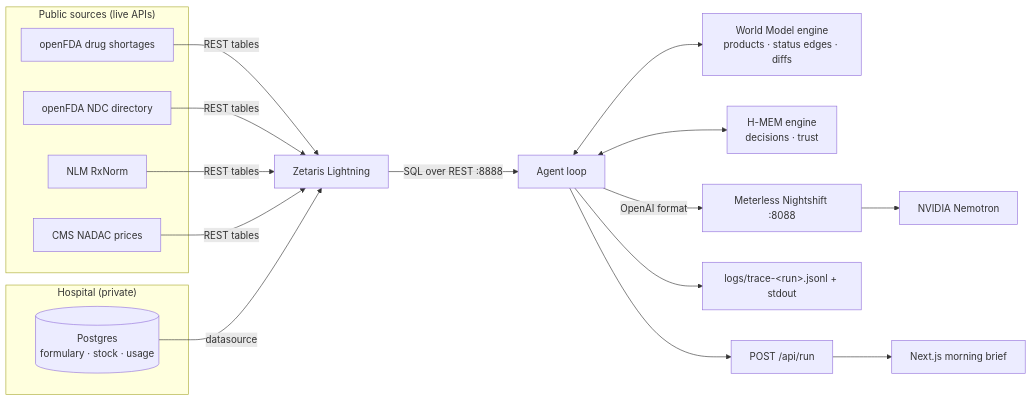
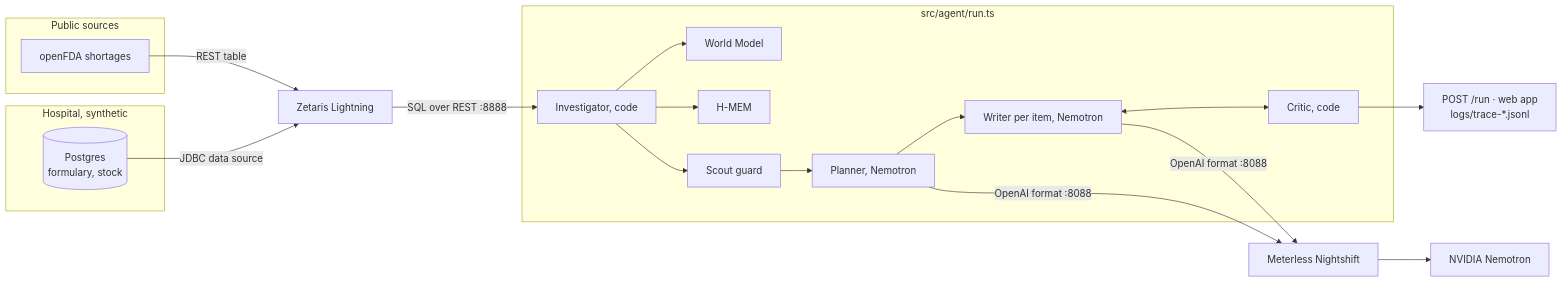
One commit to techbone/shortage-radar changed the diagram in ARCHITECTURE.md. Above: the diagram before and after it, drawn with Mermaid. The commit also changed other lines of this file and 73 other files, not shown here.

Commit message:
feat: live-to-sample fallback, plan-independent alternates query, start events, e2e tests, readme and architecture

````diff
--- a/ARCHITECTURE.md
+++ b/ARCHITECTURE.md
@@ -52,20 +42,23 @@
 ```mermaid
 flowchart LR
-  subgraph Public["Public sources (live APIs)"]
-    FDA[openFDA drug shortages]
-    NDC[openFDA NDC directory]
-    RX[NLM RxNorm]
-    NADAC[CMS NADAC prices]
+  subgraph Public["Public sources"]
+    FDA[openFDA shortages]
   end
-  subgraph Hospital["Hospital (private)"]
-    PG[(Postgres<br/>formulary · stock · usage)]
+  subgraph Hospital["Hospital, synthetic"]
+    PG[(Postgres<br/>formulary, stock)]
   end
-  FDA & NDC & RX & NADAC -->|REST tables| Z[Zetaris Lightning]
-  PG -->|datasource| Z
-  Z -->|SQL over REST :8888| AG[Agent loop]
-  AG <--> WM[World Model engine<br/>products · status edges · diffs]
-  AG <--> HM[H-MEM engine<br/>decisions · trust]
-  AG -->|OpenAI format| NS[Meterless Nightshift :8088] --> NV[NVIDIA Nemotron]
-  AG --> TR[logs/trace-&lt;run&gt;.jsonl + stdout]
-  AG --> API[POST /api/run] --> UI[Next.js morning brief]
+  FDA -->|REST table| Z[Zetaris Lightning]
+  PG -->|JDBC data source| Z
+  Z -->|SQL over REST :8888| INV
+  subgraph Agent["src/agent/run.ts"]
+    INV[Investigator, code]
+    INV --> WM[World Model]
+    INV --> HM[H-MEM]
+    INV --> SC[Scout guard]
+    SC --> PL[Planner, Nemotron]
+    PL --> WR[Writer per item, Nemotron]
+    WR <--> CR[Critic, code]
+  end
+  PL & WR -->|OpenAI format :8088| NS[Meterless Nightshift] --> NV[NVIDIA Nemotron]
+  CR --> API[POST /run · web app<br/>logs/trace-*.jsonl]
 ```
````
